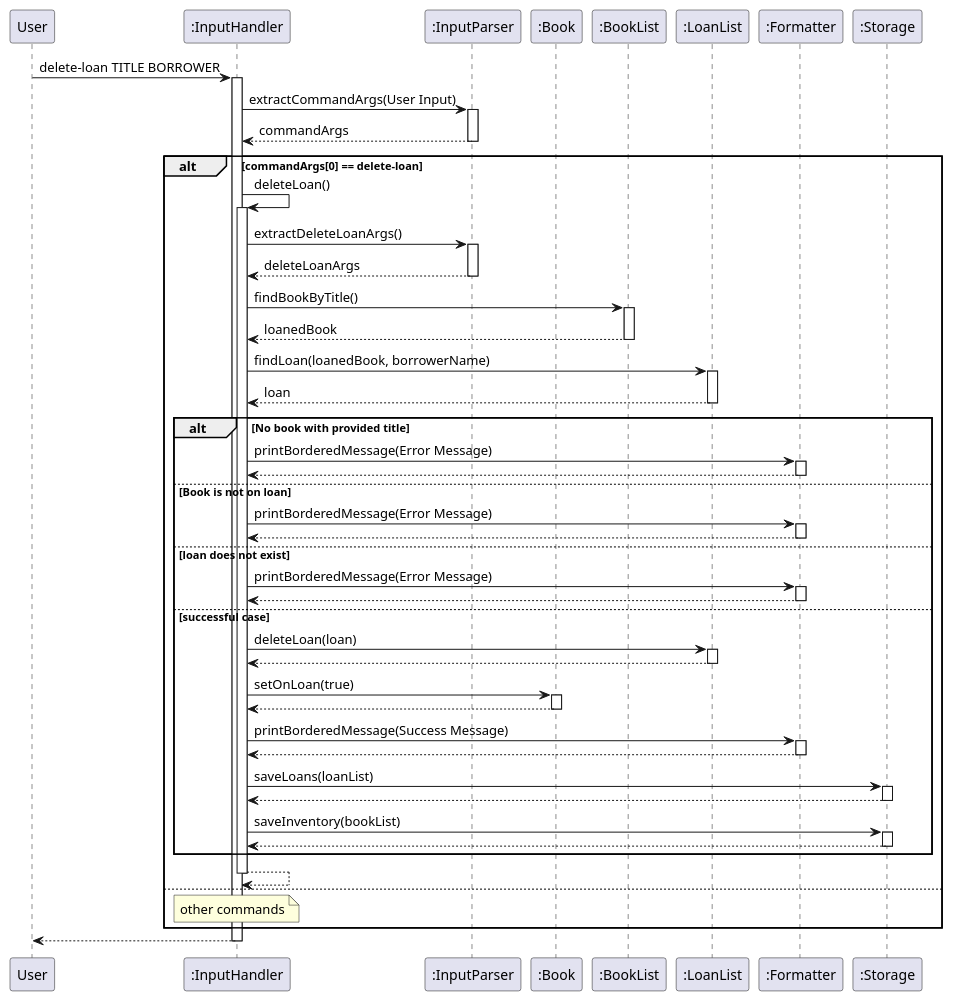
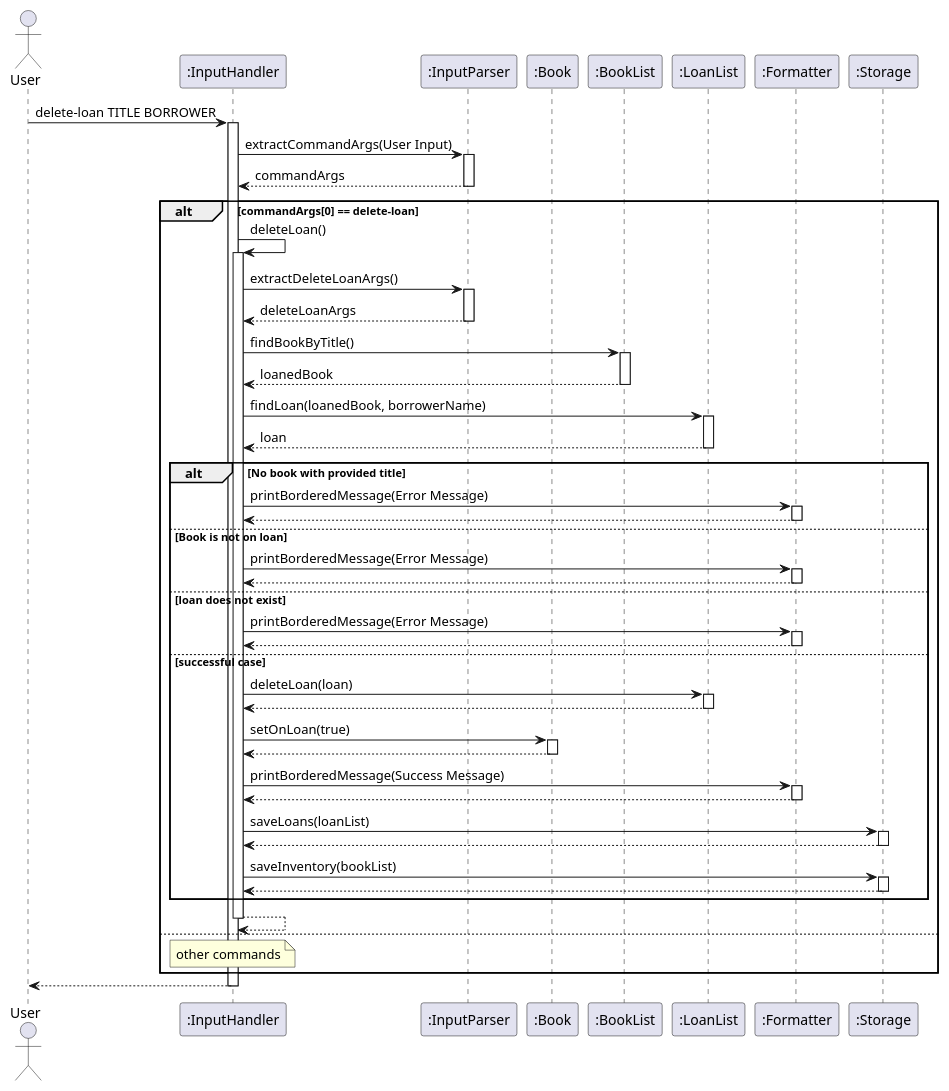
Before and after one commit to AY2425S2-CS2113-T12-2/tp: the diagram in docs/diagrams/deleteLoan.puml, drawn with PlantUML. The commit also changed 2 other files, not shown here.

```diff
--- a/docs/diagrams/deleteLoan.puml
+++ b/docs/diagrams/deleteLoan.puml
@@ -1,50 +1,50 @@
 @startuml 
 autoactivate on
-participant User
+actor User
 participant InputHandler as ":InputHandler"
 participant InputParser as ":InputParser"
 participant Book as ":Book"
 participant BookList as ":BookList"
 participant LoanList as ":LoanList"
 participant Formatter as ":Formatter"
 participant Storage as ":Storage"
 User -> InputHandler : delete-loan TITLE BORROWER
     InputHandler -> InputParser : extractCommandArgs(User Input)
     return commandArgs
 alt commandArgs[0] == delete-loan
     InputHandler -> InputHandler : deleteLoan()
     InputHandler -> InputParser : extractDeleteLoanArgs()
     return deleteLoanArgs 
     InputHandler -> BookList : findBookByTitle()
     return loanedBook 
     InputHandler -> LoanList : findLoan(loanedBook, borrowerName)
     return loan
 
     alt No book with provided title
         InputHandler -> Formatter : printBorderedMessage(Error Message)
         return
     else Book is not on loan
         InputHandler -> Formatter : printBorderedMessage(Error Message)
         return
     else loan does not exist 
         InputHandler -> Formatter : printBorderedMessage(Error Message)
         return
     else successful case
         InputHandler -> LoanList : deleteLoan(loan)
         return 
         InputHandler -> Book : setOnLoan(true)
         return 
         InputHandler -> Formatter : printBorderedMessage(Success Message)
         return
         InputHandler -> Storage : saveLoans(loanList)
         return
         InputHandler -> Storage : saveInventory(bookList)
         return
     end
     return
 
 else 
     note over InputHandler : other commands
 end
 return
 @enduml
```
